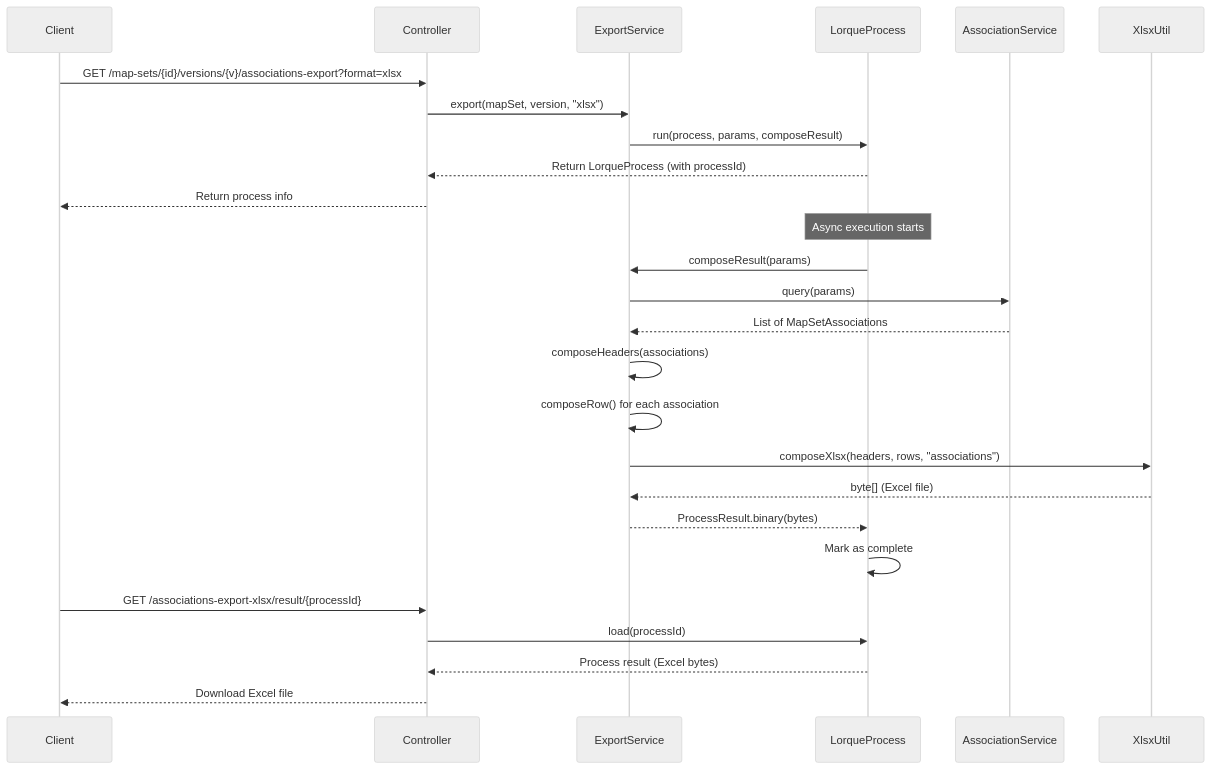
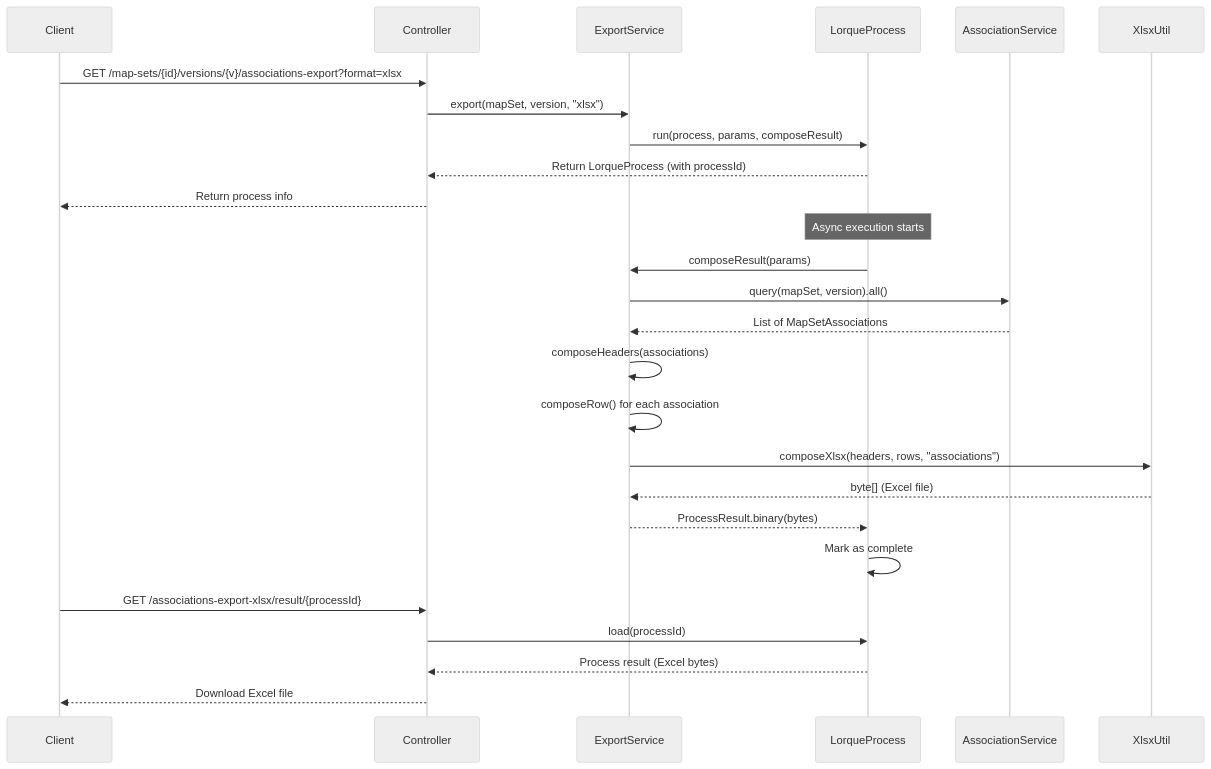
One commit to termx-health/termx-server changed the diagram in docs/features/mapset-excel-export.md. Above: the diagram before and after it, drawn with Mermaid (neutral theme). The commit also changed other lines of this file and 7 other files, not shown here.

````diff
--- a/docs/features/mapset-excel-export.md
+++ b/docs/features/mapset-excel-export.md
@@ -187,32 +305,32 @@
 ```mermaid
 sequenceDiagram
     participant Client
     participant Controller
     participant ExportService
     participant LorqueProcess
     participant AssociationService
     participant XlsxUtil
     
     Client->>Controller: GET /map-sets/{id}/versions/{v}/associations-export?format=xlsx
     Controller->>ExportService: export(mapSet, version, "xlsx")
     ExportService->>LorqueProcess: run(process, params, composeResult)
     LorqueProcess-->>Controller: Return LorqueProcess (with processId)
     Controller-->>Client: Return process info
     
     Note over LorqueProcess: Async execution starts
     
     LorqueProcess->>ExportService: composeResult(params)
-    ExportService->>AssociationService: query(params)
+    ExportService->>AssociationService: query(mapSet, version).all()
     AssociationService-->>ExportService: List of MapSetAssociations
     ExportService->>ExportService: composeHeaders(associations)
     ExportService->>ExportService: composeRow() for each association
     ExportService->>XlsxUtil: composeXlsx(headers, rows, "associations")
     XlsxUtil-->>ExportService: byte[] (Excel file)
     ExportService-->>LorqueProcess: ProcessResult.binary(bytes)
     LorqueProcess->>LorqueProcess: Mark as complete
     
     Client->>Controller: GET /associations-export-xlsx/result/{processId}
     Controller->>LorqueProcess: load(processId)
     LorqueProcess-->>Controller: Process result (Excel bytes)
     Controller-->>Client: Download Excel file
 ```
````
